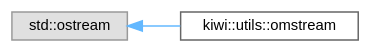
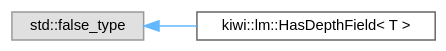
The diagram in inherit_graph_134.dot (bab2min/Kiwi), drawn with Graphviz before and after one commit. The commit also changed 180 other files, not shown here.

```diff
--- a/inherit_graph_134.dot
+++ b/inherit_graph_134.dot
@@ -1,11 +1,11 @@
 digraph "Graphical Class Hierarchy"
 {
  // LATEX_PDF_SIZE
   bgcolor="transparent";
   edge [fontname=Helvetica,fontsize=10,labelfontname=Helvetica,labelfontsize=10];
   node [fontname=Helvetica,fontsize=10,shape=box,height=0.2,width=0.4];
   rankdir="LR";
-  Node0 [id="Node000000",label="std::ostream",height=0.2,width=0.4,color="grey60", fillcolor="#E0E0E0", style="filled",tooltip=" "];
-  Node0 -> Node1 [id="edge22_Node000000_Node000001",dir="back",color="steelblue1",style="solid",tooltip=" "];
-  Node1 [id="Node000001",label="kiwi::utils::omstream",height=0.2,width=0.4,color="grey40", fillcolor="white", style="filled",URL="$classkiwi_1_1utils_1_1omstream.html",tooltip=" "];
+  Node0 [id="Node000000",label="std::false_type",height=0.2,width=0.4,color="grey60", fillcolor="#E0E0E0", style="filled",tooltip=" "];
+  Node0 -> Node1 [id="edge19_Node000000_Node000001",dir="back",color="steelblue1",style="solid",tooltip=" "];
+  Node1 [id="Node000001",label="kiwi::lm::HasDepthField\< T \>",height=0.2,width=0.4,color="grey40", fillcolor="white", style="filled",URL="$structkiwi_1_1lm_1_1HasDepthField.html",tooltip=" "];
 }
```
